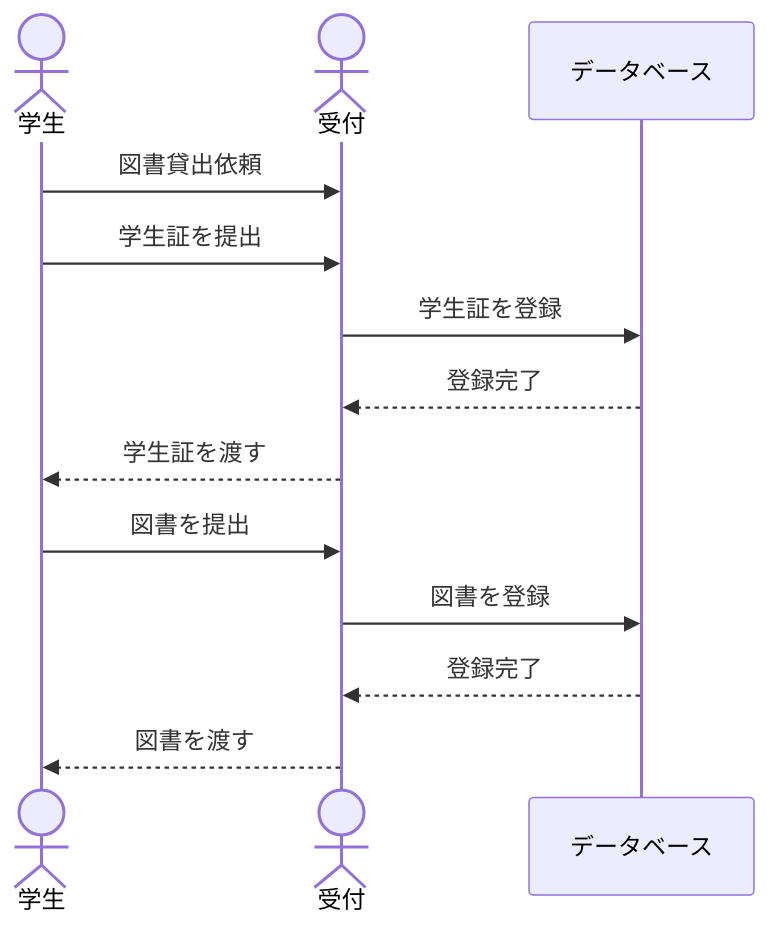
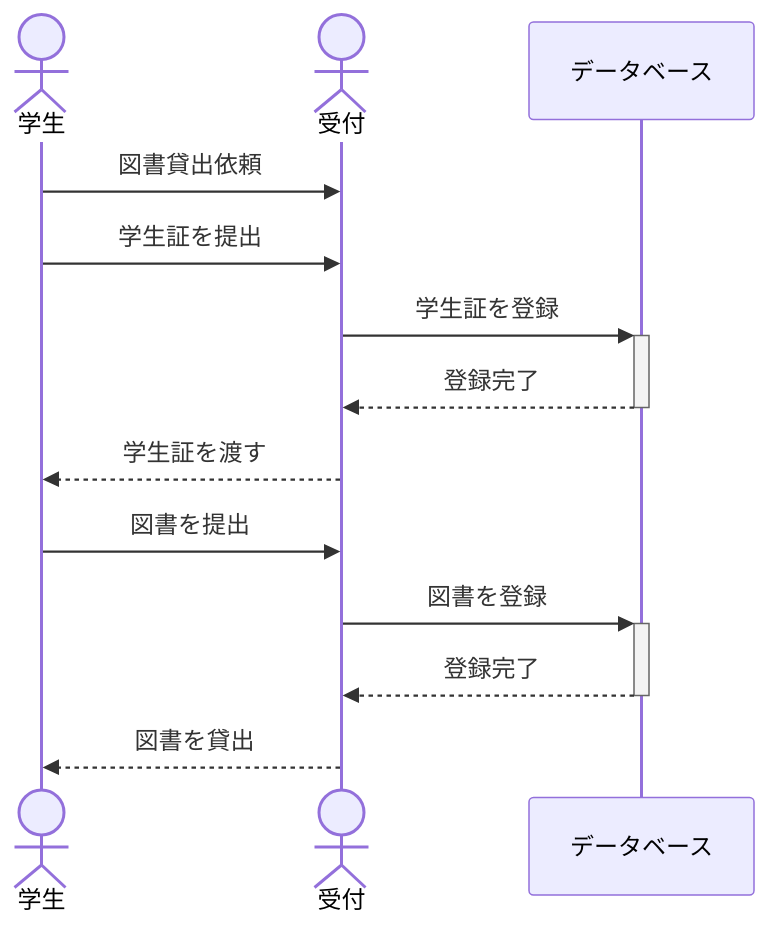
One commit to ShouyaKamoshita/mermaid-test changed the diagram in README.md. Above: the diagram before and after it, drawn with Mermaid.

````diff
--- a/README.md
+++ b/README.md
@@ -1,15 +1,15 @@
 ```mermaid
 sequenceDiagram
 actor s as 学生
 actor r as 受付
 participant db as データベース
 s ->> r : 図書貸出依頼
 s ->> r : 学生証を提出
-r ->> db : 学生証を登録
-db -->> r : 登録完了
+r ->>+ db : 学生証を登録
+db -->>- r : 登録完了
 r -->> s : 学生証を渡す
 s ->> r : 図書を提出
-r ->> db : 図書を登録
-db -->> r : 登録完了
-r -->> s : 図書を渡す
+r ->>+ db : 図書を登録
+db -->>- r : 登録完了
+r -->> s : 図書を貸出
 ```
````
